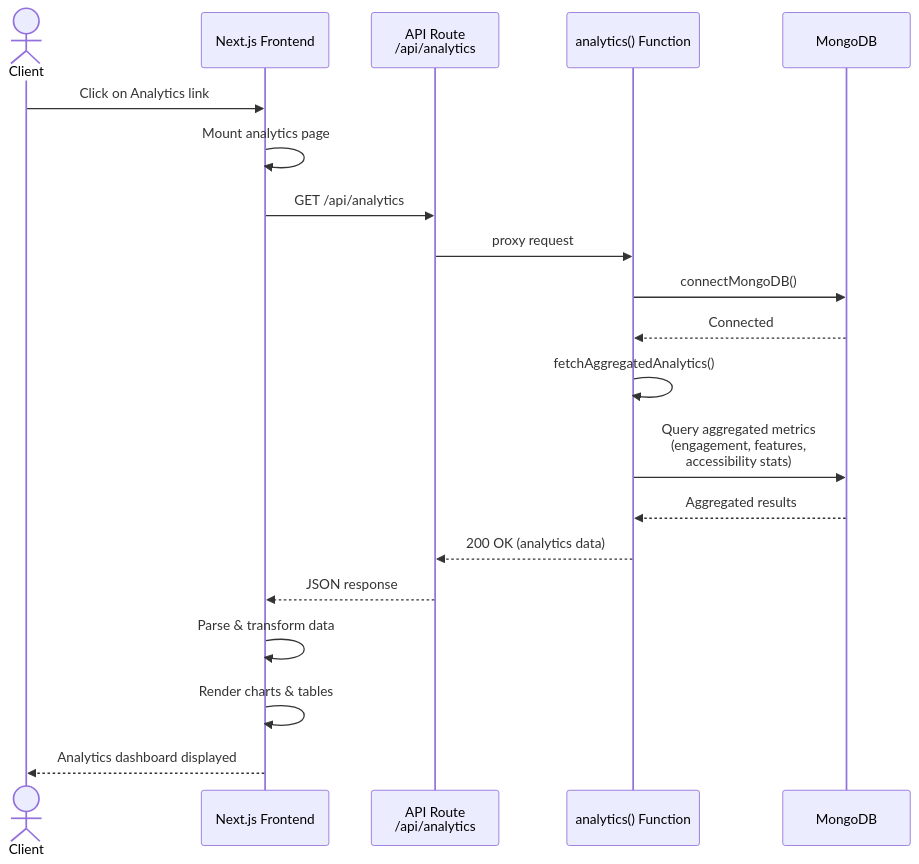
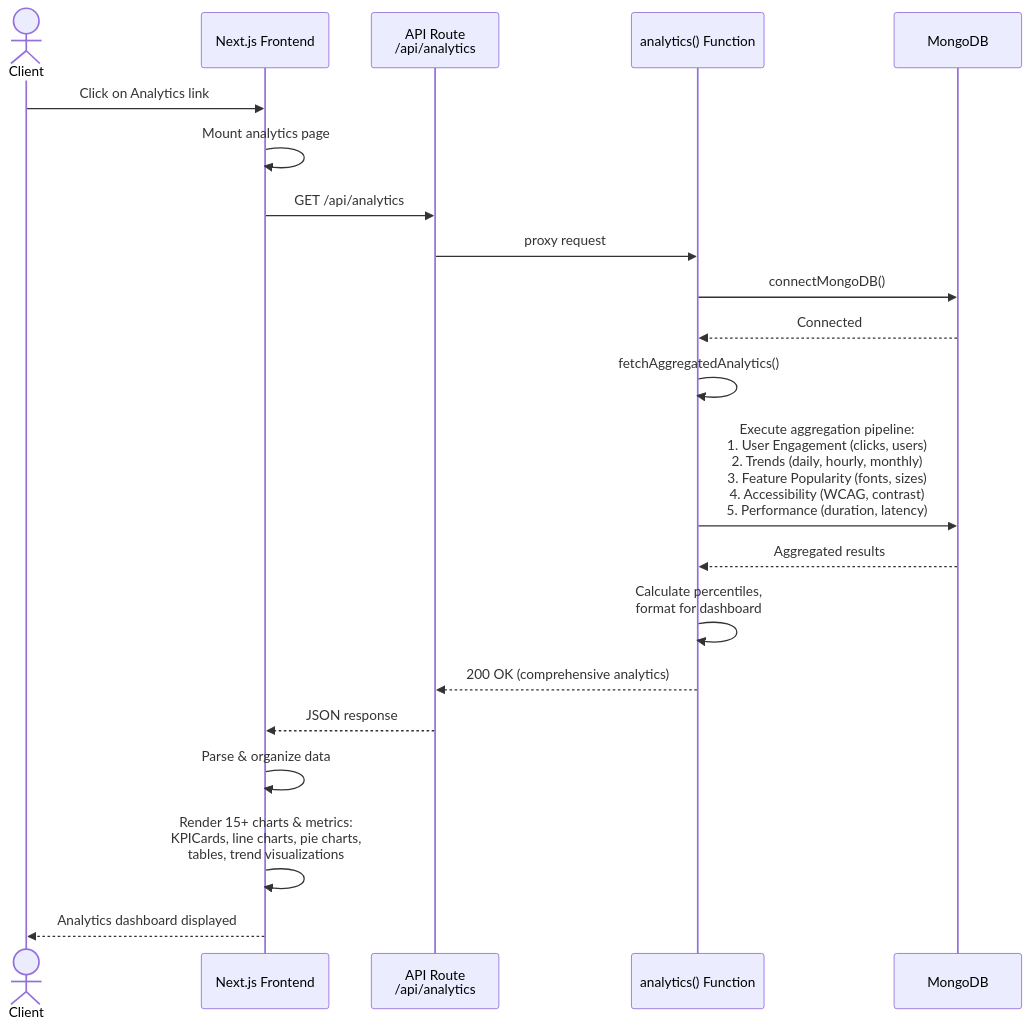
The seventh of 7 diagrams in docs/backend_architecture.md (victoriacheng15/cover-craft), drawn with Mermaid before and after one commit. The commit also changed other lines of this file and 3 other files, not shown here.

````diff
--- a/docs/backend_architecture.md
+++ b/docs/backend_architecture.md
@@ -514,25 +599,26 @@
 ```mermaid
 sequenceDiagram
     actor Client
     participant Frontend as Next.js Frontend
     participant APIRoute as API Route<br/>/api/analytics
     participant AnalyticsFunc as analytics() Function
     participant MongoDB as MongoDB
 
     Client->>Frontend: Click on Analytics link
     Frontend->>Frontend: Mount analytics page
     Frontend->>APIRoute: GET /api/analytics
     APIRoute->>AnalyticsFunc: proxy request
     AnalyticsFunc->>MongoDB: connectMongoDB()
     MongoDB-->>AnalyticsFunc: Connected
     
     AnalyticsFunc->>AnalyticsFunc: fetchAggregatedAnalytics()
-    AnalyticsFunc->>MongoDB: Query aggregated metrics<br/>(engagement, features,<br/>accessibility stats)
+    AnalyticsFunc->>MongoDB: Execute aggregation pipeline:<br/>1. User Engagement (clicks, users)<br/>2. Trends (daily, hourly, monthly)<br/>3. Feature Popularity (fonts, sizes)<br/>4. Accessibility (WCAG, contrast)<br/>5. Performance (duration, latency)
     MongoDB-->>AnalyticsFunc: Aggregated results
     
-    AnalyticsFunc-->>APIRoute: 200 OK (analytics data)
+    AnalyticsFunc->>AnalyticsFunc: Calculate percentiles,<br/>format for dashboard
+    AnalyticsFunc-->>APIRoute: 200 OK (comprehensive analytics)
     APIRoute-->>Frontend: JSON response
-    Frontend->>Frontend: Parse & transform data
-    Frontend->>Frontend: Render charts & tables
+    Frontend->>Frontend: Parse & organize data
+    Frontend->>Frontend: Render 15+ charts & metrics:<br/>KPICards, line charts, pie charts,<br/>tables, trend visualizations
     Frontend-->>Client: Analytics dashboard displayed
 ```
````
